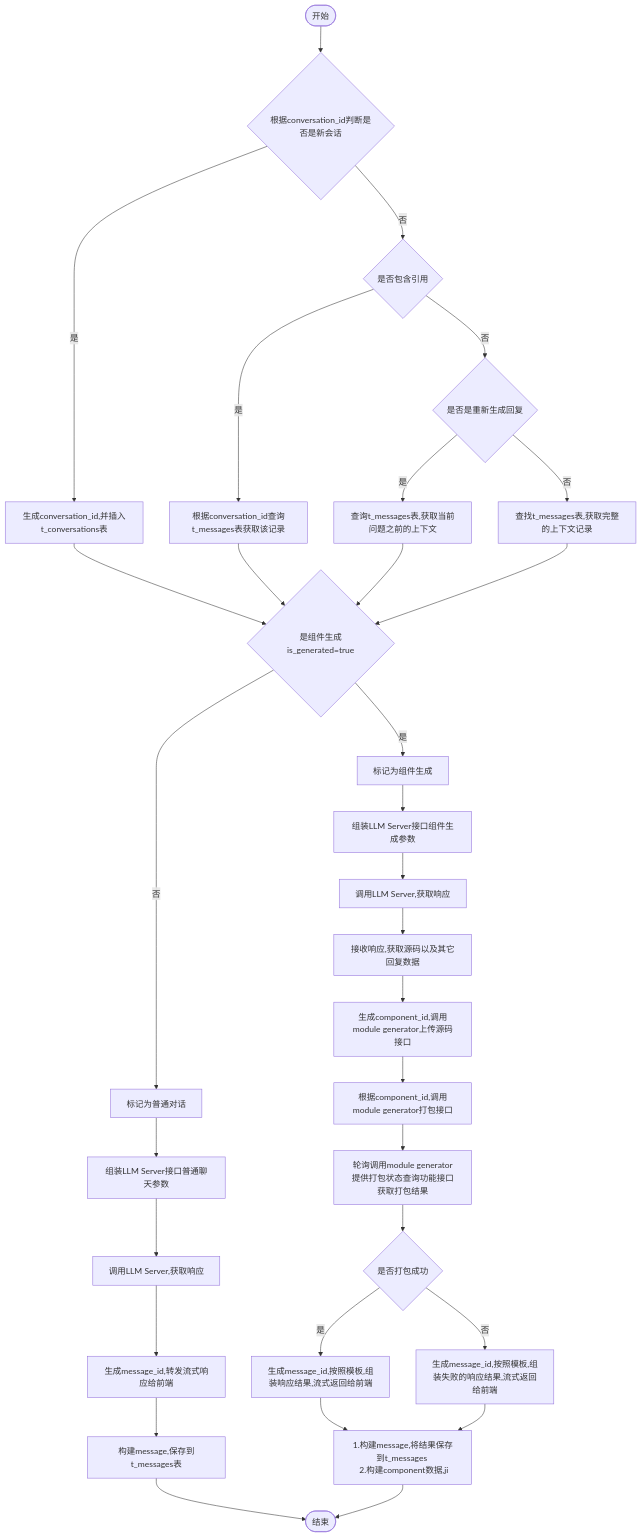
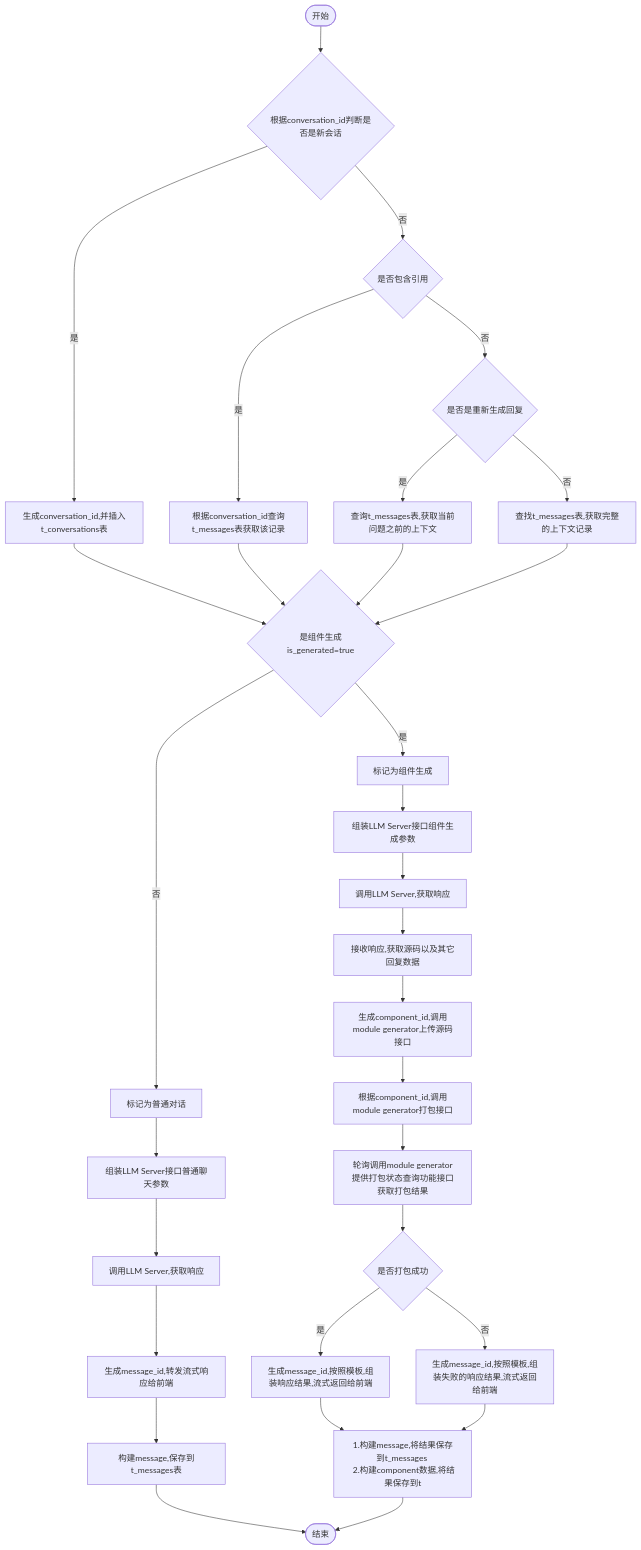
One commit to yingjianzh/iodraw-files changed the diagram in all/v0.1.0会话.md. Above: the diagram before and after it, drawn with Mermaid.

Commit message:
2024-10-12 17:22:22 update

````diff
--- a/all/v0.1.0会话.md
+++ b/all/v0.1.0会话.md
@@ -1,34 +1,34 @@
 ```mermaid
 flowchart TD
     A([开始]) --> B{根据conversation_id判断是否是新会话}
     B -- 是 --> C[生成conversation_id,并插入t_conversations表]
     B -- 否 --> D{是否包含引用}
     D -- 是 --> E[根据conversation_id查询t_messages表获取该记录]
     D -- 否 --> F{是否是重新生成回复}
     F -- 是 --> G[查询t_messages表,获取当前问题之前的上下文]
     F -- 否 --> H[查找t_messages表,获取完整的上下文记录]
      
     C & E & G & H --> I{是组件生成is_generated=true}
     I -- 是 --> J[标记为组件生成]
     I -- 否 --> K[标记为普通对话]
 
     J --> L[组装LLM Server接口组件生成参数]    
     K --> M[组装LLM Server接口普通聊天参数]    
     M --> N[调用LLM Server,获取响应]    
     N --> O[生成message_id,转发流式响应给前端]
     O --> P[构建message,保存到t_messages表]
     P --> R([结束])
 
 
     L --> S[调用LLM Server,获取响应]
     S --> T[接收响应,获取源码以及其它回复数据]
     T --> U[生成component_id,调用module generator上传源码接口]
     U --> V[根据component_id,调用module generator打包接口]
     V --> W[轮询调用module generator提供打包状态查询功能接口获取打包结果]
     W --> X{是否打包成功}
     X -- 是 --> Y[生成message_id,按照模板,组装响应结果,流式返回给前端]
     X -- 否 --> Z[生成message_id,按照模板,组装失败的响应结果,流式返回给前端]
 
-    Y & Z --> Result[1.构建message,将结果保存到t_messages \n 2.构建component数据,ji]
+    Y & Z --> Result[1.构建message,将结果保存到t_messages \n 2.构建component数据,将结果保存到t]
     Result --> R
 ```
````
